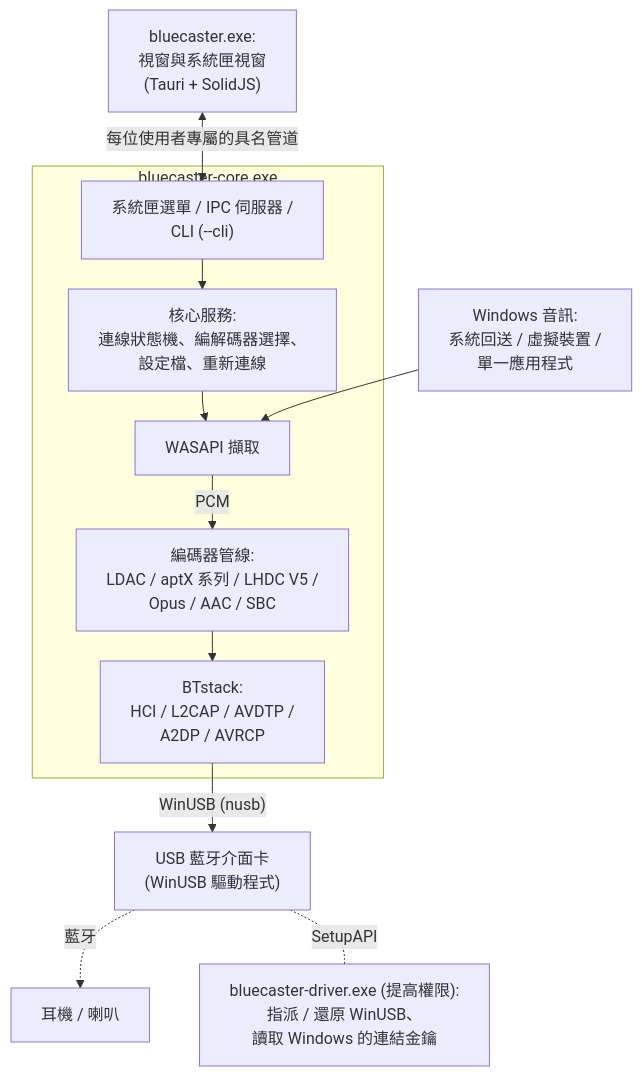
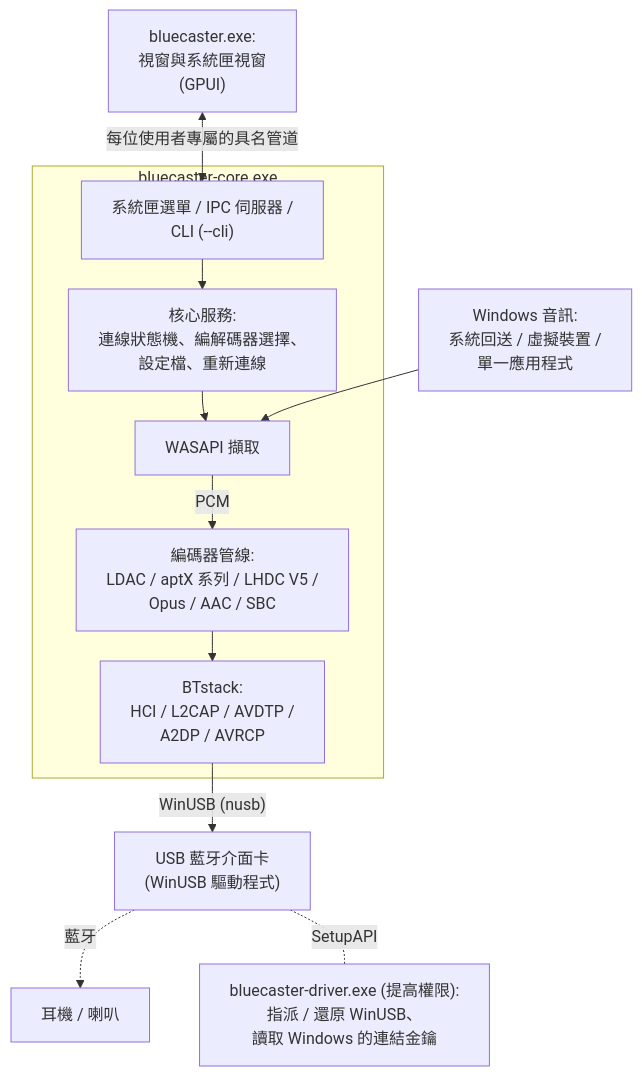
The first of 5 diagrams in docs/zh-TW/architecture.md (RxMaxx/A2DP-Windows-Bridge), drawn with Mermaid before and after one commit. The commit also changed other lines of this file and 517 other files, not shown here.

First line of the commit message:
Replace the Tauri window with the GPUI one

````diff
--- a/docs/zh-TW/architecture.md
+++ b/docs/zh-TW/architecture.md
@@ -37,22 +37,22 @@
 ```mermaid
 ---
 config:
   flowchart:
     wrappingWidth: 480
     rankSpacing: 30
 ---
 flowchart TB
-    ui["bluecaster.exe:<br>視窗與系統匣視窗<br>(Tauri + SolidJS)"]
+    ui["bluecaster.exe:<br>視窗與系統匣視窗<br>(GPUI)"]
     src["Windows 音訊:<br>系統回送 / 虛擬裝置 /<br>單一應用程式"]
     subgraph core["bluecaster-core.exe"]
         ctl["系統匣選單 / IPC 伺服器 /<br>CLI (--cli)"] --> svc["核心服務:<br>連線狀態機、編解碼器選擇、<br>設定檔、重新連線"]
         svc --> cap["WASAPI 擷取"]
         cap -- PCM --> enc["編碼器管線:<br>LDAC / aptX 系列 / LHDC V5 /<br>Opus / AAC / SBC"]
         enc --> bt["BTstack:<br>HCI / L2CAP / AVDTP /<br>A2DP / AVRCP"]
     end
     ui <-->|"每位使用者專屬的具名管道"| ctl
     src --> cap
     bt -->|"WinUSB (nusb)"| usb["USB 藍牙介面卡<br>(WinUSB 驅動程式)"]
     usb -. 藍牙 .-> hp["耳機 / 喇叭"]
     usb -.-|SetupAPI| drv["bluecaster-driver.exe (提高權限):<br>指派 / 還原 WinUSB、<br>讀取 Windows 的連結金鑰"]
 ```
````
